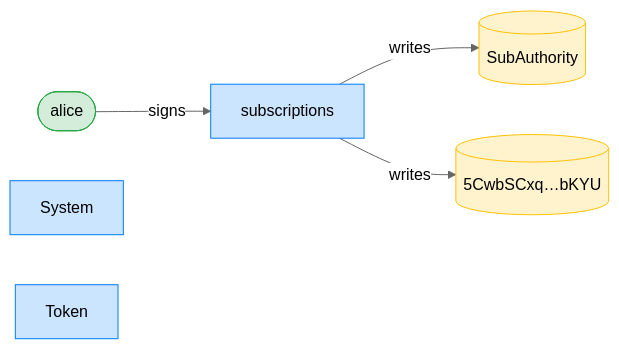
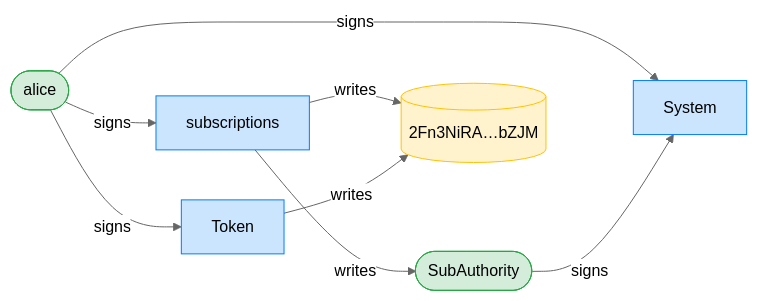
The third of 16 diagrams in dsl_tests/transfer-subscription--cancellation-still-allows-the-current-period.md (cds-rs/subscriptions), drawn with Mermaid (neutral theme) before and after one commit. The commit also changed other lines of this file and 224 other files, not shown here.

````diff
--- a/dsl_tests/transfer-subscription--cancellation-still-allows-the-current-period.md
+++ b/dsl_tests/transfer-subscription--cancellation-still-allows-the-current-period.md
@@ -55,15 +56,19 @@
 ```mermaid
 flowchart LR
     classDef signer fill:#d4edda,stroke:#28a745;
     classDef program fill:#cce5ff,stroke:#007bff;
     classDef writable fill:#fff3cd,stroke:#ffc107;
     subscriptions[subscriptions]:::program
     alice([alice]):::signer
-    SubAuthority[(SubAuthority)]:::writable
-    5CwbSCxq_bKYU[("5CwbSCxq…bKYU")]:::writable
+    SubAuthority([SubAuthority]):::signer
+    2Fn3NiRA_bZJM[("2Fn3NiRA…bZJM")]:::writable
     System[System]:::program
     Token[Token]:::program
     alice -->|signs| subscriptions
+    alice -->|signs| System
+    SubAuthority -->|signs| System
+    alice -->|signs| Token
     subscriptions -->|writes| SubAuthority
-    subscriptions -->|writes| 5CwbSCxq_bKYU
+    subscriptions -->|writes| 2Fn3NiRA_bZJM
+    Token -->|writes| 2Fn3NiRA_bZJM
 ```
````
